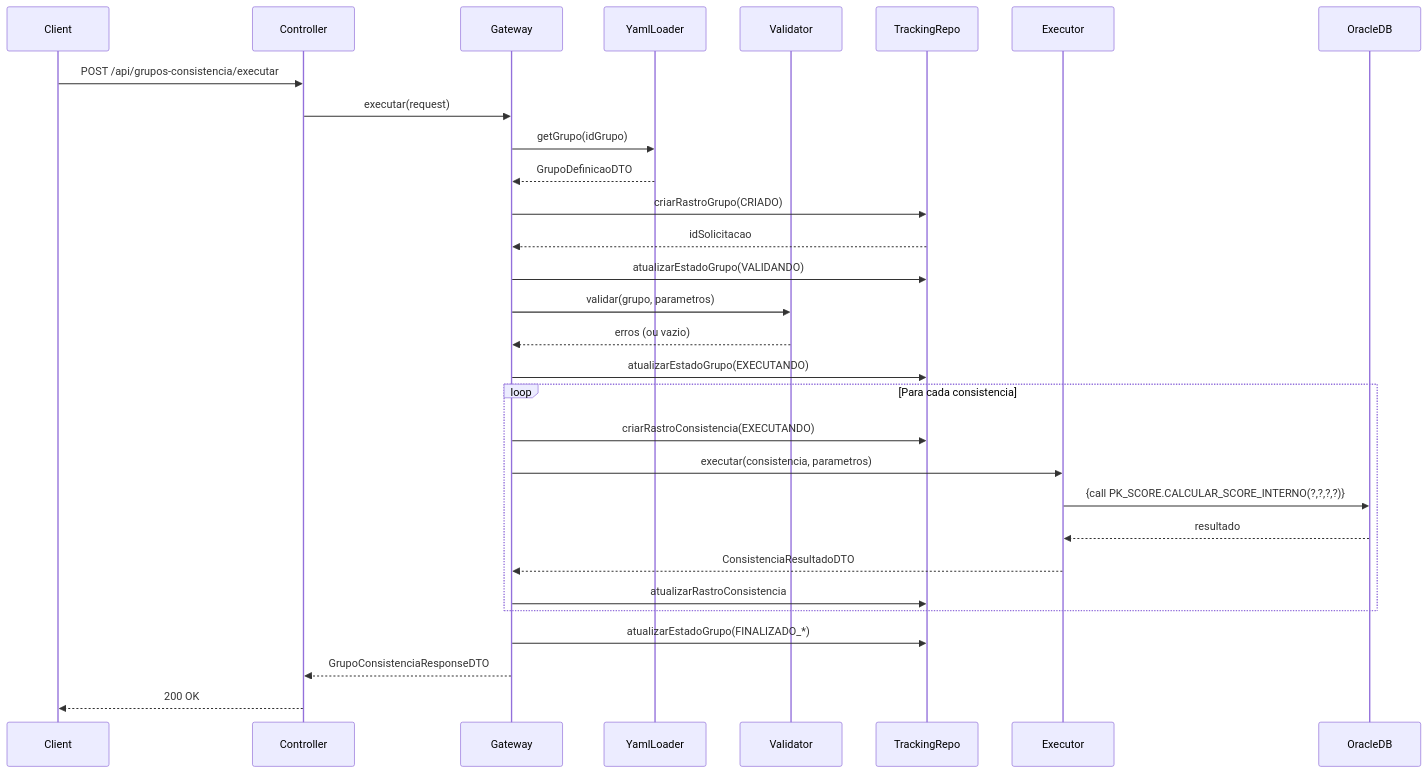
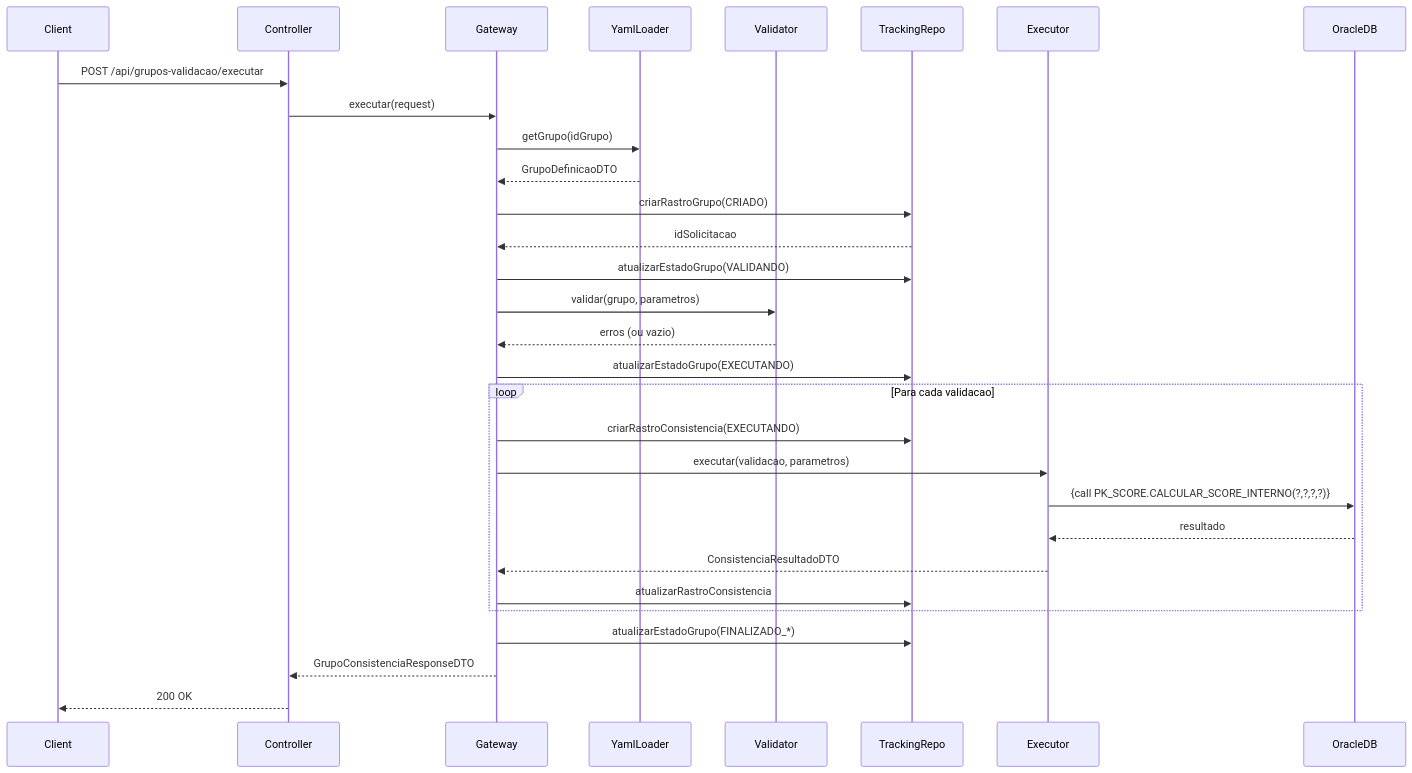
Before and after one commit to odevpedro/nucleo-validacao: the diagram in docs/system-feature-flows.md, drawn with Mermaid. The commit also changed other lines of this file and 125 other files, not shown here.

First line of the commit message:
Renomeia pacote e classes para nucleo-validacao

````diff
--- a/docs/system-feature-flows.md
+++ b/docs/system-feature-flows.md
@@ -233,33 +233,33 @@
 ```mermaid
 sequenceDiagram
     participant Client
     participant Controller
     participant Gateway
     participant YamlLoader
     participant Validator
     participant TrackingRepo
     participant Executor
     participant OracleDB
 
-    Client->>Controller: POST /api/grupos-consistencia/executar
+    Client->>Controller: POST /api/grupos-validacao/executar
     Controller->>Gateway: executar(request)
     Gateway->>YamlLoader: getGrupo(idGrupo)
     YamlLoader-->>Gateway: GrupoDefinicaoDTO
     Gateway->>TrackingRepo: criarRastroGrupo(CRIADO)
     TrackingRepo-->>Gateway: idSolicitacao
     Gateway->>TrackingRepo: atualizarEstadoGrupo(VALIDANDO)
     Gateway->>Validator: validar(grupo, parametros)
     Validator-->>Gateway: erros (ou vazio)
     Gateway->>TrackingRepo: atualizarEstadoGrupo(EXECUTANDO)
-    loop Para cada consistencia
+    loop Para cada validacao
         Gateway->>TrackingRepo: criarRastroConsistencia(EXECUTANDO)
-        Gateway->>Executor: executar(consistencia, parametros)
+        Gateway->>Executor: executar(validacao, parametros)
         Executor->>OracleDB: {call PK_SCORE.CALCULAR_SCORE_INTERNO(?,?,?,?)}
         OracleDB-->>Executor: resultado
         Executor-->>Gateway: ConsistenciaResultadoDTO
         Gateway->>TrackingRepo: atualizarRastroConsistencia
     end
     Gateway->>TrackingRepo: atualizarEstadoGrupo(FINALIZADO_*)
     Gateway-->>Controller: GrupoConsistenciaResponseDTO
     Controller-->>Client: 200 OK
 ```
````
